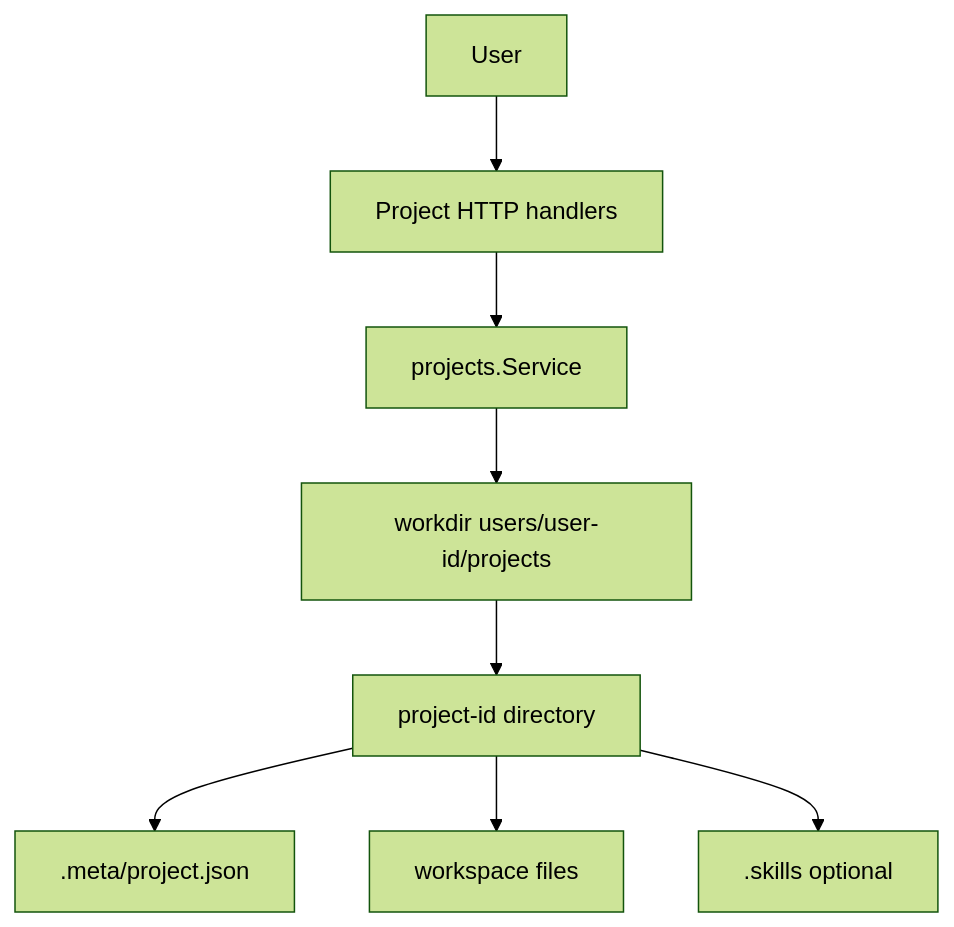
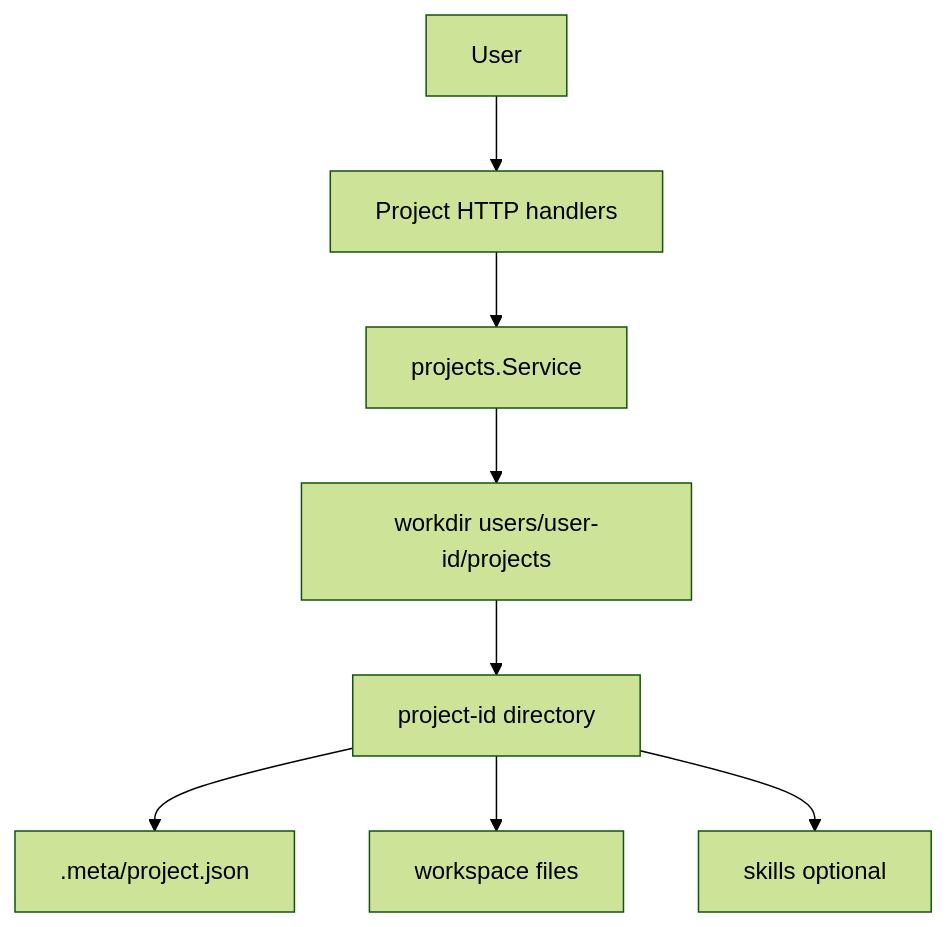
Before and after one commit to intelligencedev/manifold: the diagram in wiki/components/projects-workspaces.md, drawn with Mermaid (forest theme). The commit also changed other lines of this file and 17 other files, not shown here.

````diff
--- a/wiki/components/projects-workspaces.md
+++ b/wiki/components/projects-workspaces.md
@@ -18,10 +18,10 @@
 ```mermaid
 flowchart TB
     User[User] --> ProjectsAPI[Project HTTP handlers]
     ProjectsAPI --> ProjectService[projects.Service]
     ProjectService --> UserRoot[workdir users/user-id/projects]
     UserRoot --> ProjectDir[project-id directory]
     ProjectDir --> Meta[.meta/project.json]
     ProjectDir --> Files[workspace files]
-    ProjectDir --> Skills[.skills optional]
+    ProjectDir --> Skills[skills optional]
 ```
````
